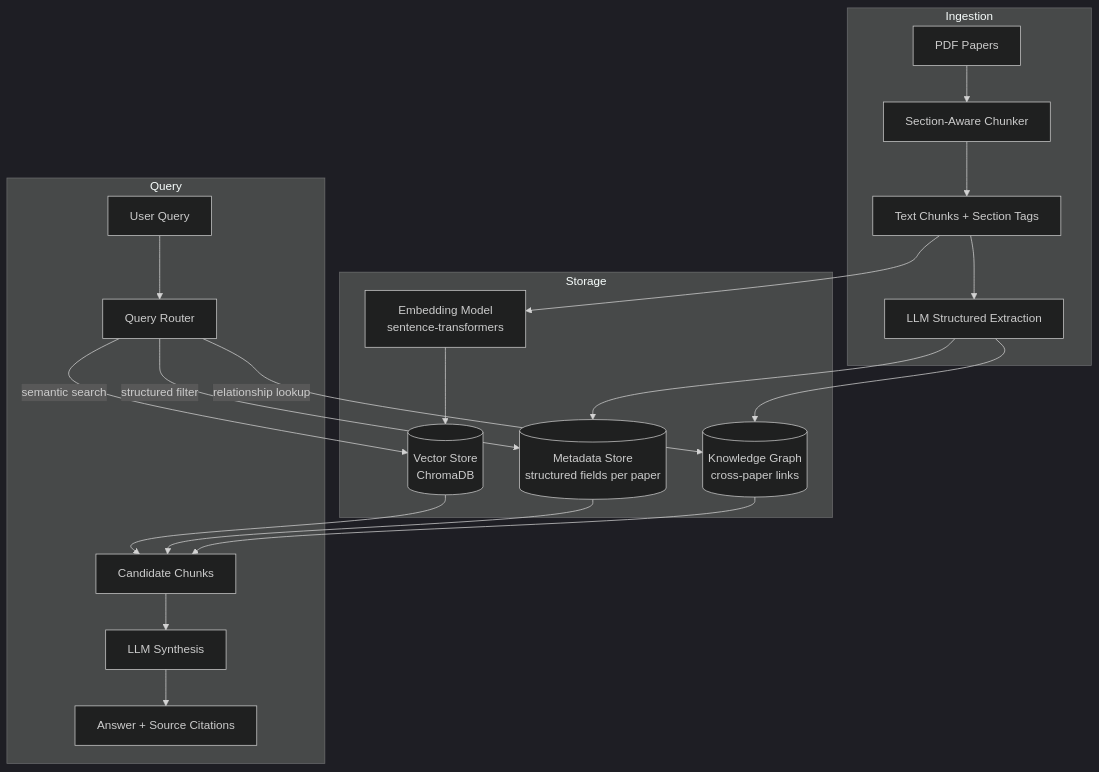
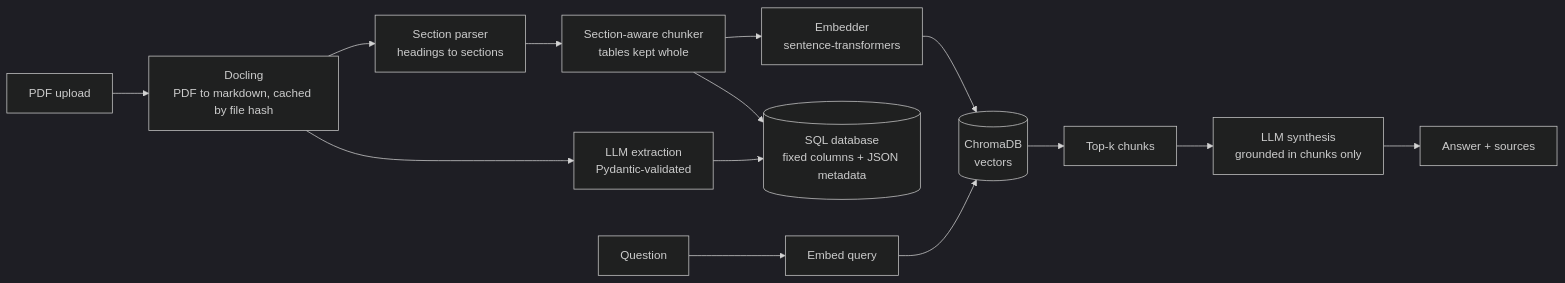
One commit to HarshvardhanJ/papermind changed the diagram in README.md. Above: the diagram before and after it, drawn with Mermaid (dark theme). The commit also changed other lines of this file and 29 other files, not shown here.

````diff
--- a/README.md
+++ b/README.md
@@ -12,27 +9,16 @@
 ```mermaid
-graph TB
-    subgraph Ingestion
-        A[PDF Papers] --> B[Section-Aware Chunker]
-        B --> C[Text Chunks + Section Tags]
-        C --> D[LLM Structured Extraction]
-    end
-
-    subgraph Storage
-        C --> E[Embedding Model<br/>sentence-transformers]
-        E --> F[(Vector Store<br/>ChromaDB)]
-        D --> G[(Metadata Store<br/>structured fields per paper)]
-        D --> H[(Knowledge Graph<br/>cross-paper links)]
-    end
-
-    subgraph Query
-        I[User Query] --> J[Query Router]
-        J -->|semantic search| F
-        J -->|structured filter| G
-        J -->|relationship lookup| H
-        F --> K[Candidate Chunks]
-        G --> K
-        H --> K
-        K --> L[LLM Synthesis]
-        L --> M[Answer + Source Citations]
-    end
+flowchart LR
+    A[PDF upload] --> B[Docling<br/>PDF to markdown, cached by file hash]
+    B --> C[Section parser<br/>headings to sections]
+    C --> D[Section-aware chunker<br/>tables kept whole]
+    D --> E[Embedder<br/>sentence-transformers]
+    E --> F[(ChromaDB<br/>vectors)]
+    B --> G[LLM extraction<br/>Pydantic-validated]
+    G --> H[(SQL database<br/>fixed columns + JSON metadata)]
+    D --> H
+    Q[Question] --> I[Embed query]
+    I --> F
+    F --> J[Top-k chunks]
+    J --> K[LLM synthesis<br/>grounded in chunks only]
+    K --> L[Answer + sources]
 ```
````
